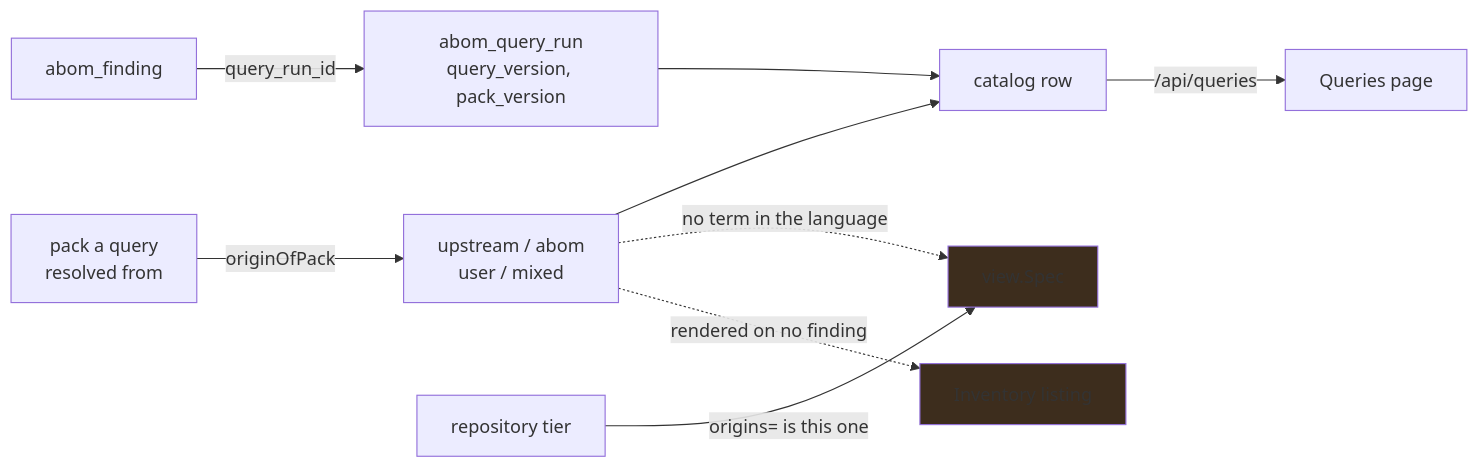
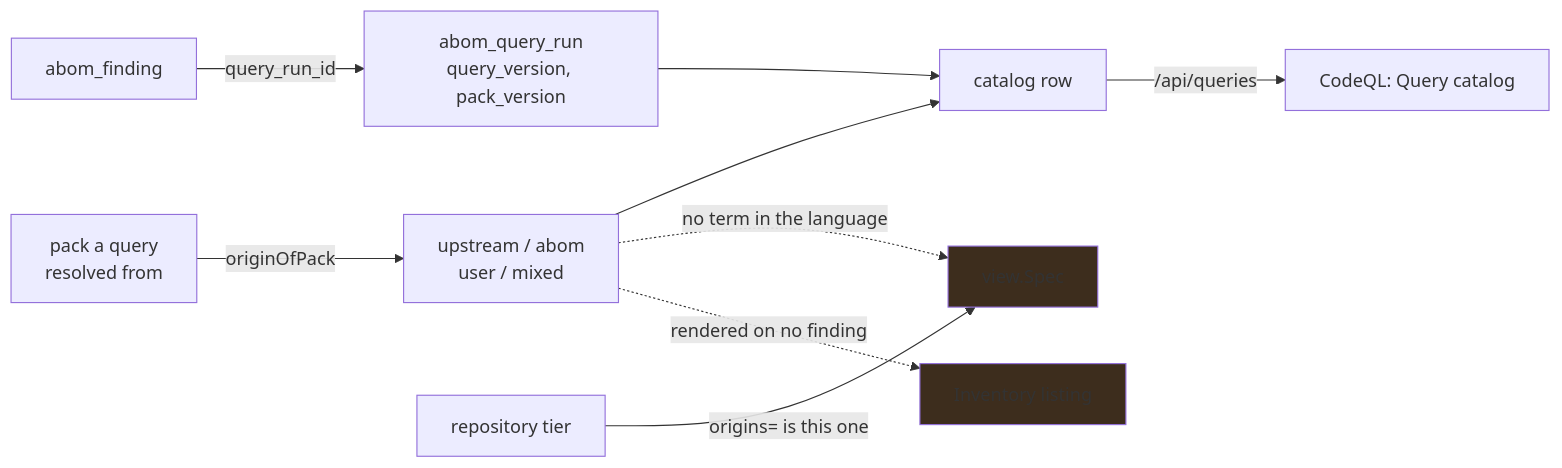
One commit to advanced-security/codeql-abom changed the diagram in plans/db/query-catalog.md. Above: the diagram before and after it, drawn with Mermaid. The commit also changed 61 other files, not shown here.

First line of the commit message:
feat(QLaaS): CodeQL page with query requests, per-query run results and Inventory-scoped runs

````diff
--- a/plans/db/query-catalog.md
+++ b/plans/db/query-catalog.md
@@ -40,13 +40,13 @@
 ```mermaid
 flowchart LR
     PACK["pack a query<br/>resolved from"] -->|"originOfPack"| ORIGIN["upstream / abom<br/>user / mixed"]
     ORIGIN --> CAT["catalog row"]
-    CAT -->|"/api/queries"| PAGE["Queries page"]
+    CAT -->|"/api/queries"| PAGE["CodeQL: Query catalog"]
     RUN["abom_query_run<br/>query_version, pack_version"] --> CAT
     FIND["abom_finding"] -->|"query_run_id"| RUN
     ORIGIN -. "no term in the language" .-> SPEC["view.Spec"]
     ORIGIN -. "rendered on no finding" .-> LIST["Inventory listing"]
     REPO["repository tier"] -->|"origins= is this one"| SPEC
     style SPEC fill:#3d2d1d
     style LIST fill:#3d2d1d
 ```
````
